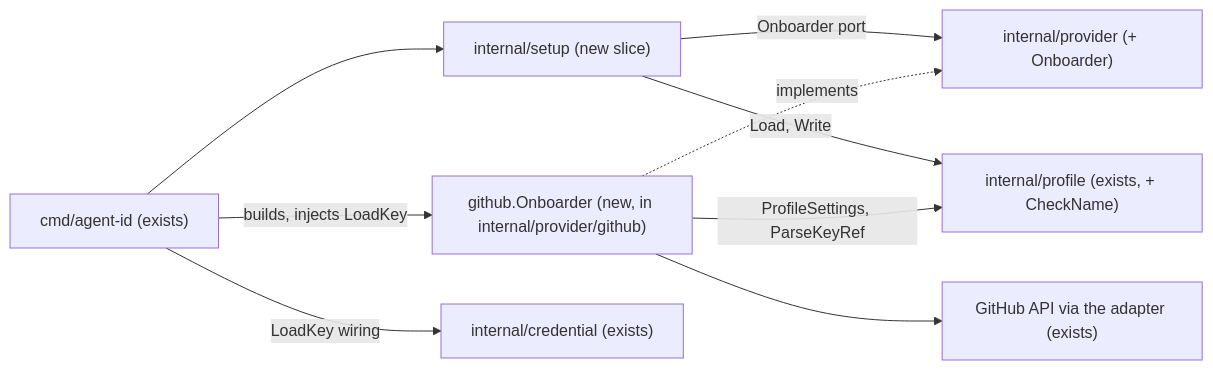
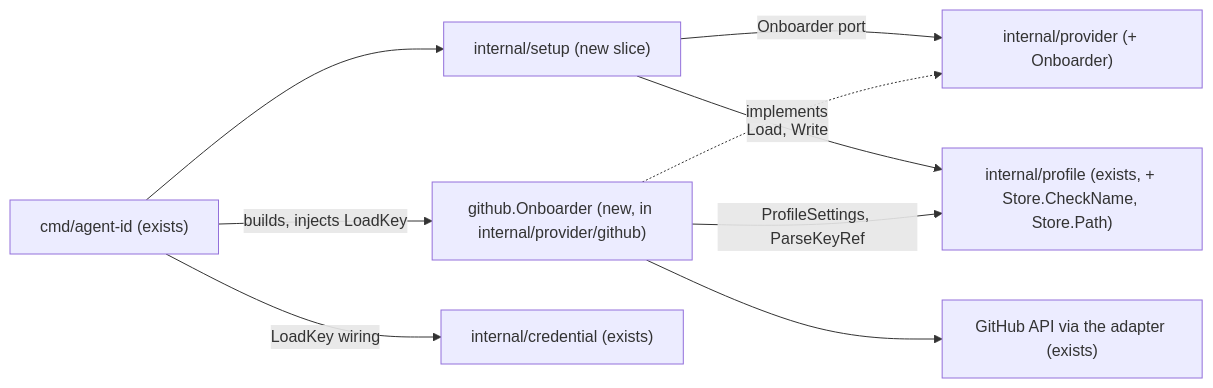
Before and after one commit to cultofthecode/agent-id: the diagram in .ai/specs/2026-11-13-setup-github.md, drawn with Mermaid. The commit also changed other lines of this file, not shown here.

Commit message:
docs(specs): refuse a secret-shaped --profile without echoing it (#19 re-review)

````diff
--- a/.ai/specs/2026-11-13-setup-github.md
+++ b/.ai/specs/2026-11-13-setup-github.md
@@ -131,11 +131,11 @@
 ```mermaid
 flowchart LR
     Root["cmd/agent-id (exists)"] --> Setup["internal/setup (new slice)"]
     Root -->|builds, injects LoadKey| Onb["github.Onboarder (new, in internal/provider/github)"]
     Root -->|LoadKey wiring| Cred["internal/credential (exists)"]
     Setup -->|Onboarder port| Port["internal/provider (+ Onboarder)"]
-    Setup -->|Load, Write| Store["internal/profile (exists, + CheckName)"]
+    Setup -->|Load, Write| Store["internal/profile (exists, + Store.CheckName, Store.Path)"]
     Onb -.implements.-> Port
     Onb -->|ProfileSettings, ParseKeyRef| Store
     Onb --> API["GitHub API via the adapter (exists)"]
 ```
````
